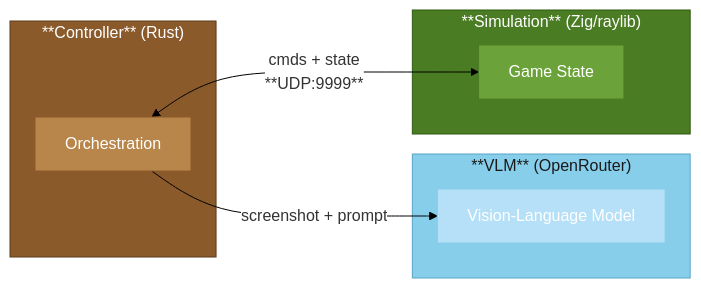
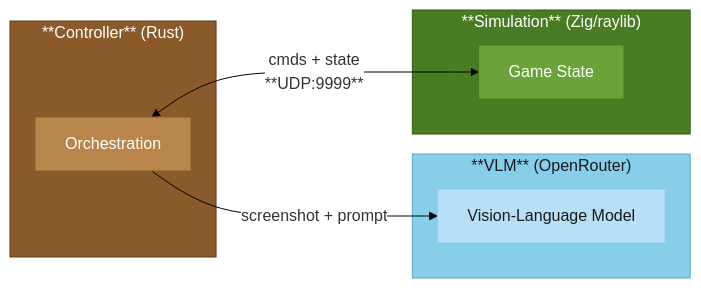
Before and after one commit to kxzk/snapbench: the diagram in README.md, drawn with Mermaid.

Commit message:
docs(readme): improve diagram text contrast in mermaid visualization
- Changes V style text color from white to dark (#1a1a1a) for better readability
- Ensures consistent contrast ratios across all diagram elements for accessibility

````diff
--- a/README.md
+++ b/README.md
@@ -9,25 +9,25 @@
 ```mermaid
 %%{init: {'theme': 'base', 'themeVariables': { 'background': '#ffffff', 'primaryColor': '#ffffff'}}}%%
 flowchart LR
     subgraph Controller["**Controller** (Rust)"]
         C[Orchestration]
     end
 
     subgraph VLM["**VLM** (OpenRouter)"]
         V[Vision-Language Model]
     end
 
     subgraph Simulation["**Simulation** (Zig/raylib)"]
         S[Game State]
     end
 
     C -->|"screenshot + prompt"| V
     C <-->|"cmds + state<br>**UDP:9999**"| S
 
     style Controller fill:#8B5A2B,stroke:#5C3A1A,color:#fff
     style VLM fill:#87CEEB,stroke:#5BA3C6,color:#1a1a1a
     style Simulation fill:#4A7C23,stroke:#2D5A10,color:#fff
     style C fill:#B8864A,stroke:#8B5A2B,color:#fff
-    style V fill:#B5E0F7,stroke:#87CEEB,color:#fff
+    style V fill:#B5E0F7,stroke:#87CEEB,color:#1a1a1a
     style S fill:#6BA33A,stroke:#4A7C23,color:#fff
 ```
````
